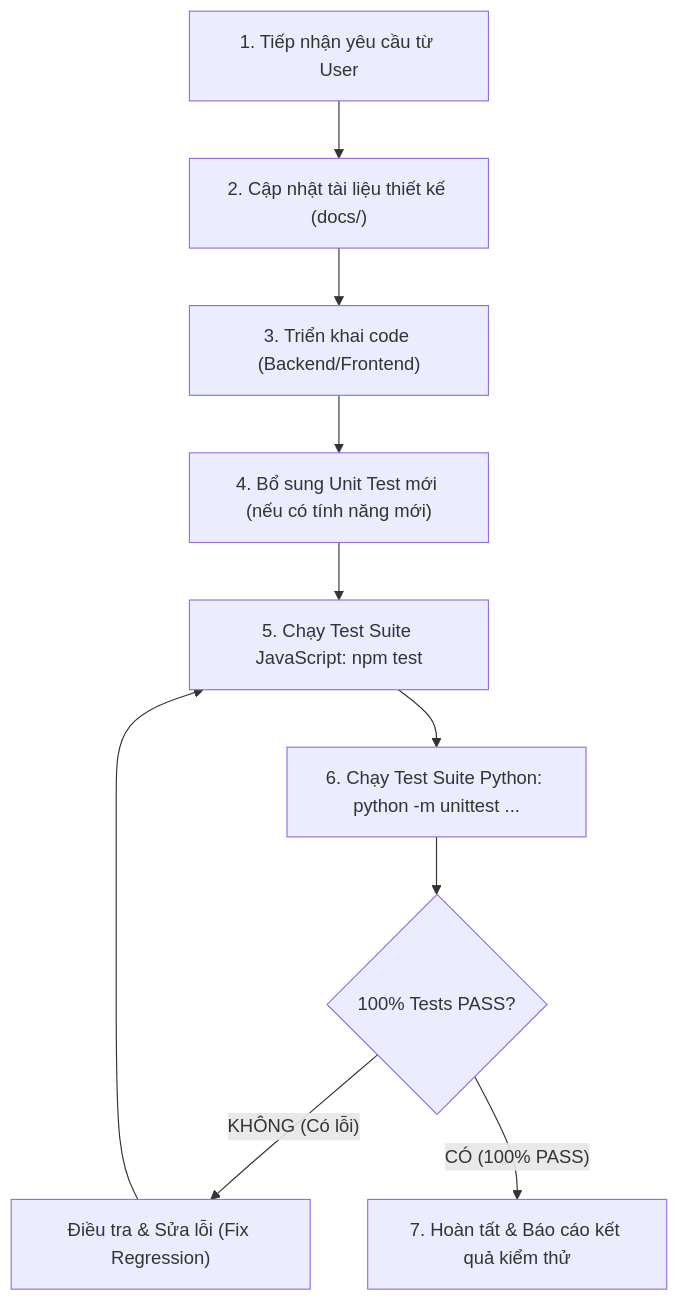
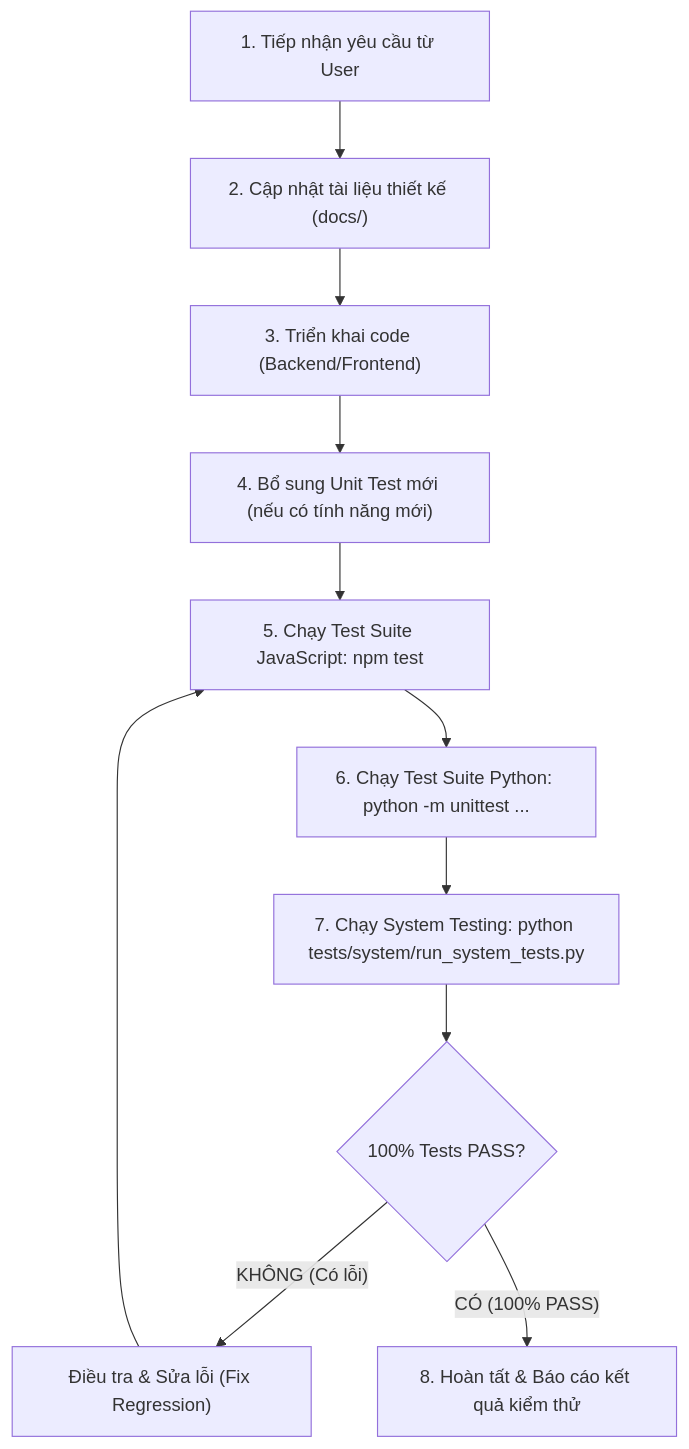
Before and after one commit to letrthong/telua_flower: the diagram in docs/design/TESTING_AND_UNIT_TEST_MANDATE.md, drawn with Mermaid. The commit also changed other lines of this file and 15 other files, not shown here.

````diff
--- a/docs/design/TESTING_AND_UNIT_TEST_MANDATE.md
+++ b/docs/design/TESTING_AND_UNIT_TEST_MANDATE.md
@@ -97,12 +149,13 @@
 ```mermaid
 graph TD
     A["1. Tiếp nhận yêu cầu từ User"] --> B["2. Cập nhật tài liệu thiết kế (docs/)"]
     B --> C["3. Triển khai code (Backend/Frontend)"]
     C --> D["4. Bổ sung Unit Test mới (nếu có tính năng mới)"]
     D --> E["5. Chạy Test Suite JavaScript: npm test"]
     E --> F["6. Chạy Test Suite Python: python -m unittest ..."]
-    F --> G{"100% Tests PASS?"}
-    G -- "KHÔNG (Có lỗi)" --> H["Điều tra & Sửa lỗi (Fix Regression)"]
-    H --> E
-    G -- "CÓ (100% PASS)" --> I["7. Hoàn tất & Báo cáo kết quả kiểm thử"]
+    F --> G["7. Chạy System Testing: python tests/system/run_system_tests.py"]
+    G --> H{"100% Tests PASS?"}
+    H -- "KHÔNG (Có lỗi)" --> I["Điều tra & Sửa lỗi (Fix Regression)"]
+    I --> E
+    H -- "CÓ (100% PASS)" --> K["8. Hoàn tất & Báo cáo kết quả kiểm thử"]
 ```
````
